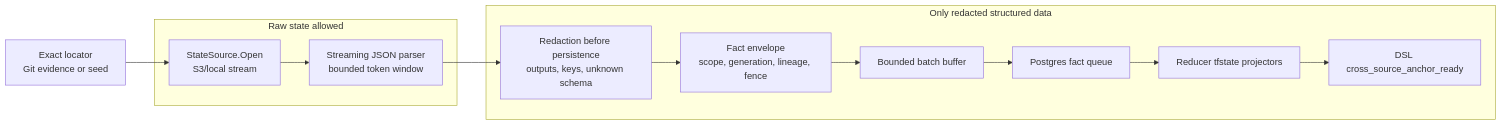
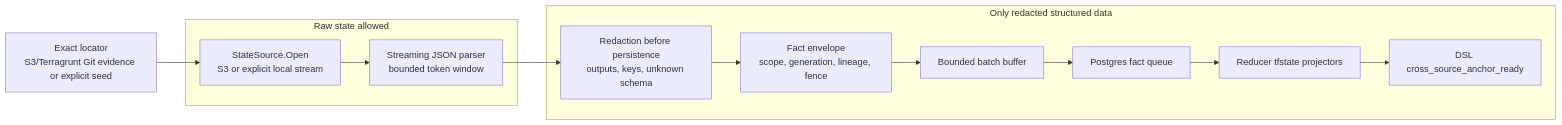
One commit to eshu-hq/eshu changed the fourth of 4 diagrams in docs/superpowers/plans/2026-04-20-terraform-state-collector-architecture-workflow.md. Above: the diagram before and after it, drawn with Mermaid. The commit also changed other lines of this file, not shown here.

Commit message:
docs(tfstate): tighten architecture gate local-state policy

````diff
--- a/docs/superpowers/plans/2026-04-20-terraform-state-collector-architecture-workflow.md
+++ b/docs/superpowers/plans/2026-04-20-terraform-state-collector-architecture-workflow.md
@@ -193,24 +194,24 @@
 ```mermaid
 flowchart LR
-  A["Exact locator<br/>Git evidence or seed"] --> B["StateSource.Open<br/>S3/local stream"]
+  A["Exact locator<br/>S3/Terragrunt Git evidence or explicit seed"] --> B["StateSource.Open<br/>S3 or explicit local stream"]
   B --> C["Streaming JSON parser<br/>bounded token window"]
   C --> D["Redaction before persistence<br/>outputs, keys, unknown schema"]
   D --> E["Fact envelope<br/>scope, generation, lineage, fence"]
   E --> F["Bounded batch buffer"]
   F --> G["Postgres fact queue"]
   G --> H["Reducer tfstate projectors"]
   H --> I["DSL cross_source_anchor_ready"]
 
   subgraph Raw["Raw state allowed"]
     B
     C
   end
   subgraph Clean["Only redacted structured data"]
     D
     E
     F
     G
     H
     I
   end
 ```
````
